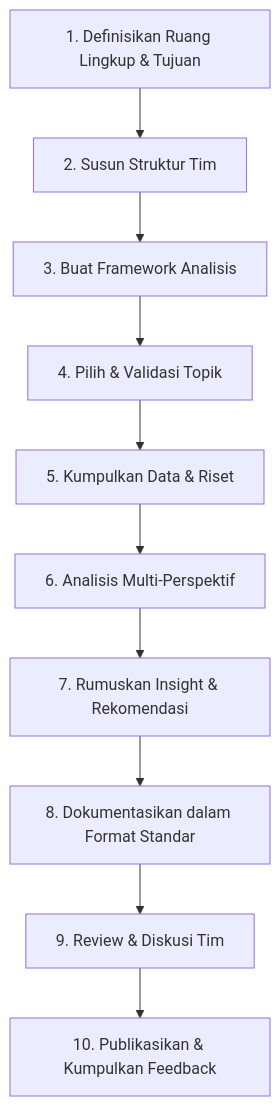
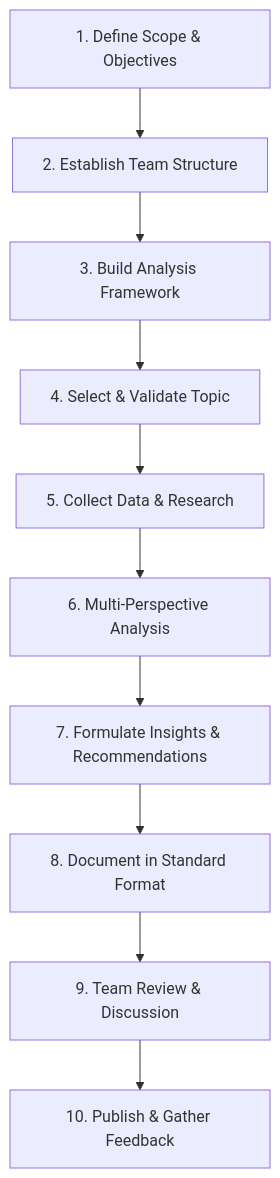
Before and after one commit to Retail-Analytical-Platform/.github: the diagram in profile/README.md, drawn with Mermaid. The commit also changed other lines of this file, not shown here.

````diff
--- a/profile/README.md
+++ b/profile/README.md
@@ -277,12 +262,12 @@
 ```mermaid
 flowchart TD
-    A[1. Definisikan Ruang Lingkup & Tujuan] --> B[2. Susun Struktur Tim]
-    B --> C[3. Buat Framework Analisis]
-    C --> D[4. Pilih & Validasi Topik]
-    D --> E[5. Kumpulkan Data & Riset]
-    E --> F[6. Analisis Multi-Perspektif]
-    F --> G[7. Rumuskan Insight & Rekomendasi]
-    G --> H[8. Dokumentasikan dalam Format Standar]
-    H --> I[9. Review & Diskusi Tim]
-    I --> J[10. Publikasikan & Kumpulkan Feedback]
+    A[1. Define Scope & Objectives] --> B[2. Establish Team Structure]
+    B --> C[3. Build Analysis Framework]
+    C --> D[4. Select & Validate Topic]
+    D --> E[5. Collect Data & Research]
+    E --> F[6. Multi-Perspective Analysis]
+    F --> G[7. Formulate Insights & Recommendations]
+    G --> H[8. Document in Standard Format]
+    H --> I[9. Team Review & Discussion]
+    I --> J[10. Publish & Gather Feedback]
 ```
````
